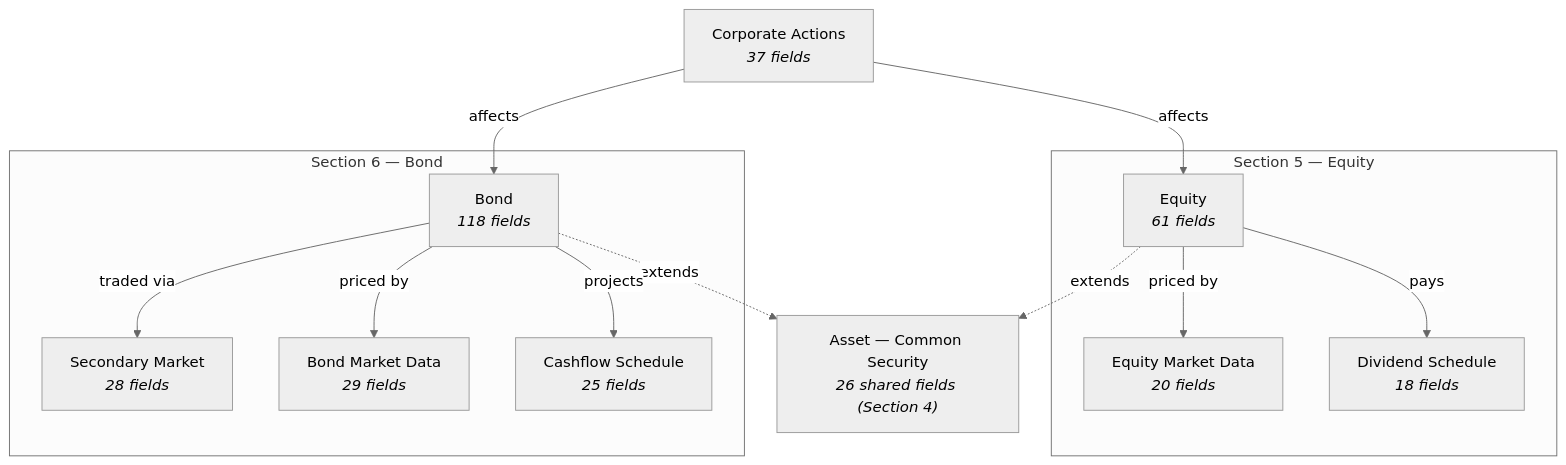
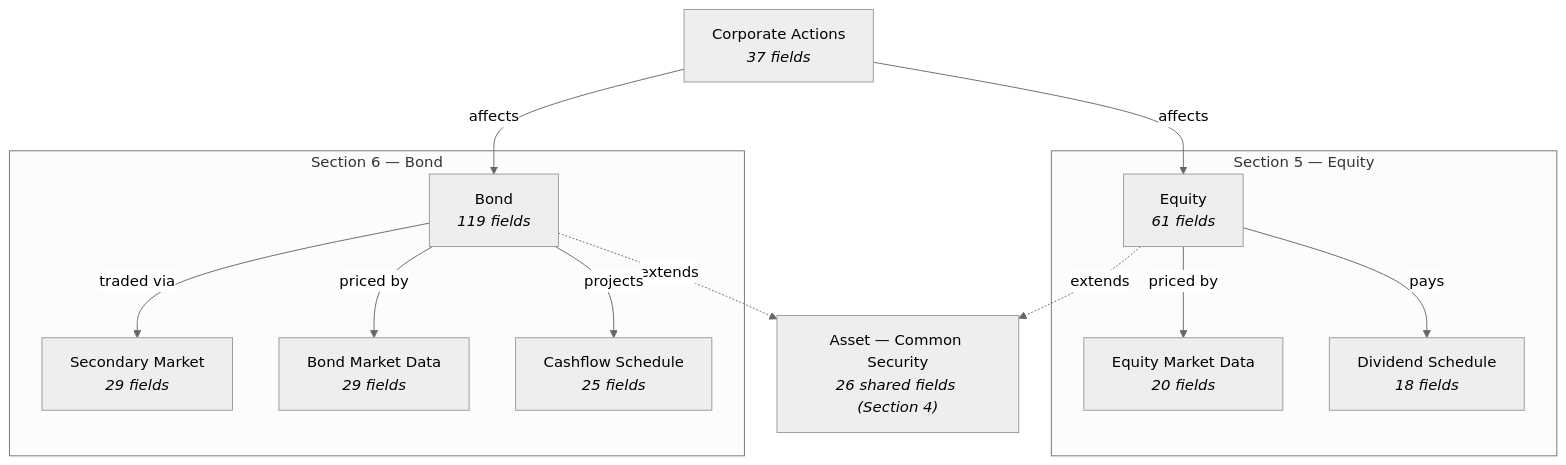
The second of 2 diagrams in docs/02-bank-data-specification-equity-bond.md (vahalla-wealth/investment-data), drawn with Mermaid (neutral theme) before and after one commit. The commit also changed other lines of this file and 3 other files, not shown here.

````diff
--- a/docs/02-bank-data-specification-equity-bond.md
+++ b/docs/02-bank-data-specification-equity-bond.md
@@ -64,30 +65,30 @@
 ```mermaid
 graph TD
     Asset["Asset — Common Security<br/><i>26 shared fields (Section 4)</i>"]
 
     Equity -.->|extends| Asset
     Bond -.->|extends| Asset
 
     subgraph EquityDomain["Section 5 — Equity"]
         Equity["Equity<br/><i>61 fields</i>"]
         EquityMarketData["Equity Market Data<br/><i>20 fields</i>"]
         DividendSchedule["Dividend Schedule<br/><i>18 fields</i>"]
         Equity -->|priced by| EquityMarketData
         Equity -->|pays| DividendSchedule
     end
 
     subgraph BondDomain["Section 6 — Bond"]
-        Bond["Bond<br/><i>118 fields</i>"]
-        BondSecondaryMarket["Secondary Market<br/><i>28 fields</i>"]
+        Bond["Bond<br/><i>119 fields</i>"]
+        BondSecondaryMarket["Secondary Market<br/><i>29 fields</i>"]
         BondMarketData["Bond Market Data<br/><i>29 fields</i>"]
         CashflowSchedule["Cashflow Schedule<br/><i>25 fields</i>"]
         Bond -->|traded via| BondSecondaryMarket
         Bond -->|priced by| BondMarketData
         Bond -->|projects| CashflowSchedule
     end
 
     CorporateAction["Corporate Actions<br/><i>37 fields</i>"]
 
     CorporateAction -->|affects| Equity
     CorporateAction -->|affects| Bond
 ```
````
